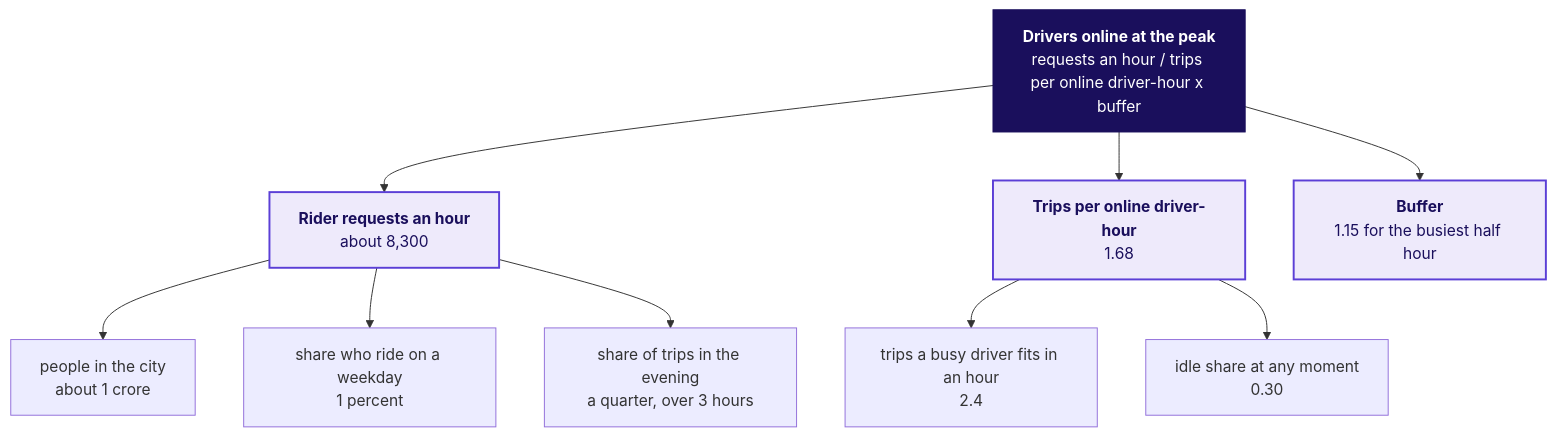
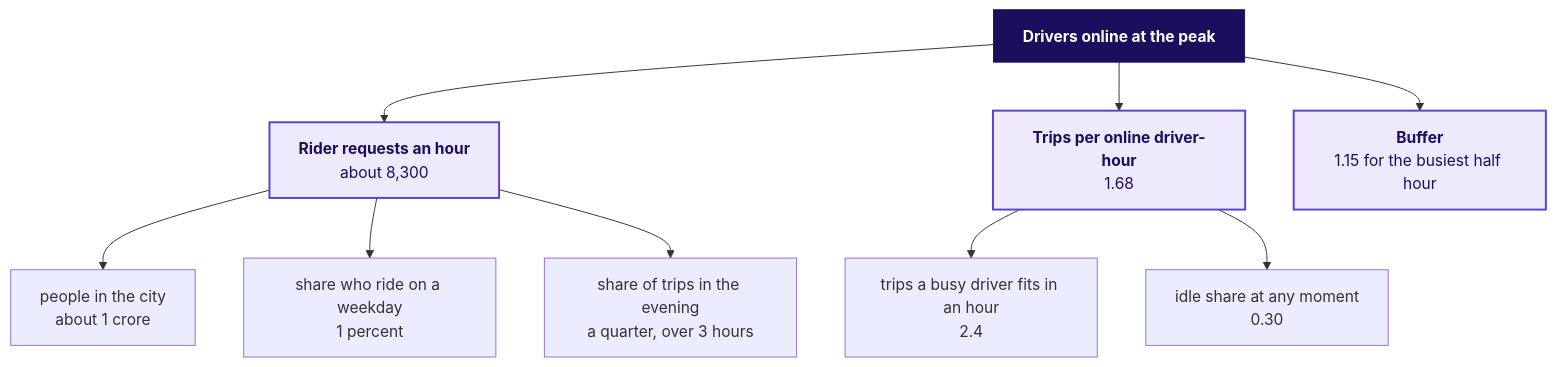
One commit to fde-academy-lab/c2-content-factory changed the fourth of 6 diagrams in content/W04/D2/slides/C2_W04_D02_half2_STUDENT.md. Above: the diagram before and after it, drawn with Mermaid. The commit also changed other lines of this file and 25 other files, not shown here.

````diff
--- a/content/W04/D2/slides/C2_W04_D02_half2_STUDENT.md
+++ b/content/W04/D2/slides/C2_W04_D02_half2_STUDENT.md
@@ -151,24 +154,24 @@
 ```mermaid
 flowchart TD
-    D["<b>Drivers online at the peak</b><br/>requests an hour / trips per online driver-hour x buffer"]
+    D["<b>Drivers online at the peak</b>"]
     R["<b>Rider requests an hour</b><br/>about 8,300"]
     P["people in the city<br/>about 1 crore"]
     S["share who ride on a weekday<br/>1 percent"]
     E["share of trips in the evening<br/>a quarter, over 3 hours"]
     T["<b>Trips per online driver-hour</b><br/>1.68"]
     B["trips a busy driver fits in an hour<br/>2.4"]
     I["idle share at any moment<br/>0.30"]
     X["<b>Buffer</b><br/>1.15 for the busiest half hour"]
     D --> R
     D --> T
     D --> X
     R --> P
     R --> S
     R --> E
     T --> B
     T --> I
     classDef lit fill:#1A0F5C,stroke:#1A0F5C,color:#FFFFFF
     classDef known fill:#EEEAFB,stroke:#5B3FD6,color:#1A0F5C,stroke-width:2px
     class D lit
     class R,T,X known
 ```
````
